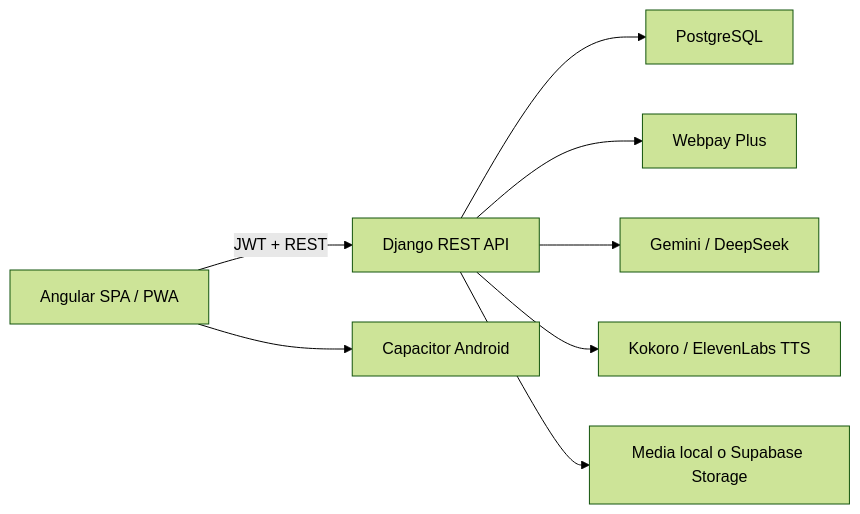
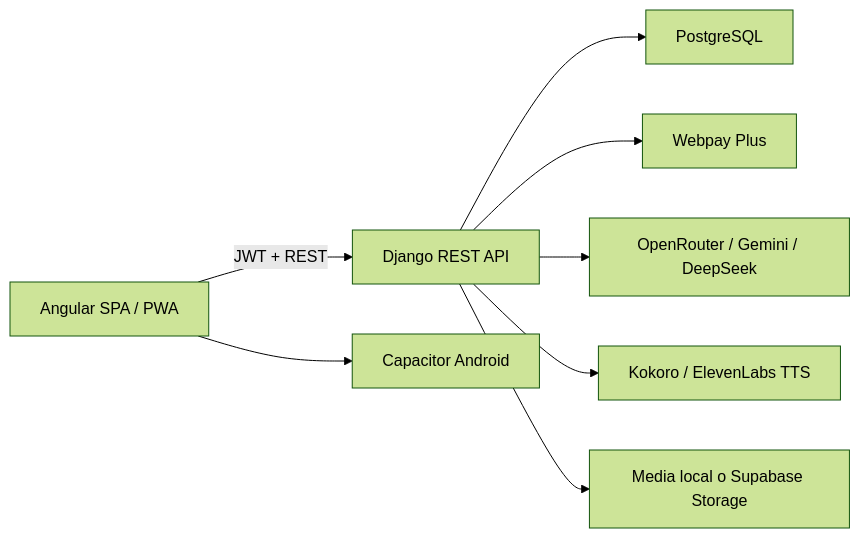
Before and after one commit to YoRHa-Type-A-n2/Capstone-Gonzalo-Jose: the diagram in README.md, drawn with Mermaid (forest theme). The commit also changed other lines of this file, not shown here.

````diff
--- a/README.md
+++ b/README.md
@@ -69,10 +63,10 @@
 ```mermaid
 flowchart LR
     A["Angular SPA / PWA"] -->|JWT + REST| B["Django REST API"]
     B --> C["PostgreSQL"]
     B --> D["Webpay Plus"]
-    B --> E["Gemini / DeepSeek"]
+    B --> E["OpenRouter / Gemini / DeepSeek"]
     B --> F["Kokoro / ElevenLabs TTS"]
     B --> G["Media local o Supabase Storage"]
     A --> H["Capacitor Android"]
 ```
````
